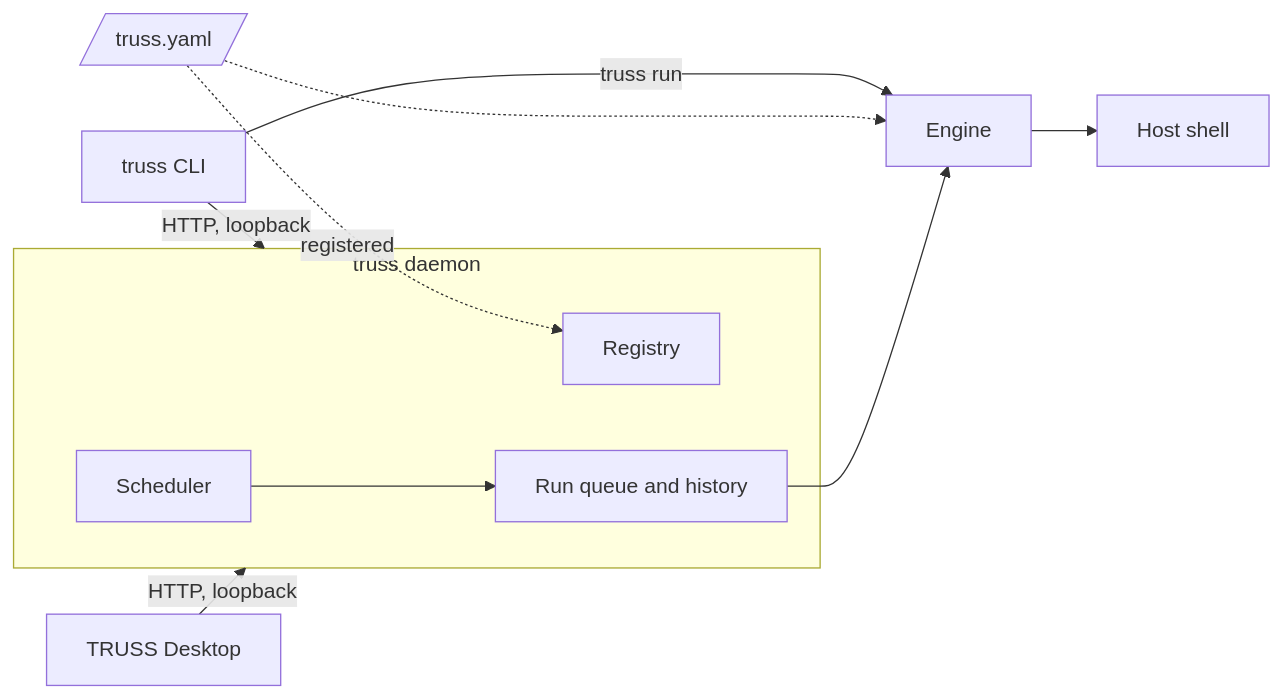
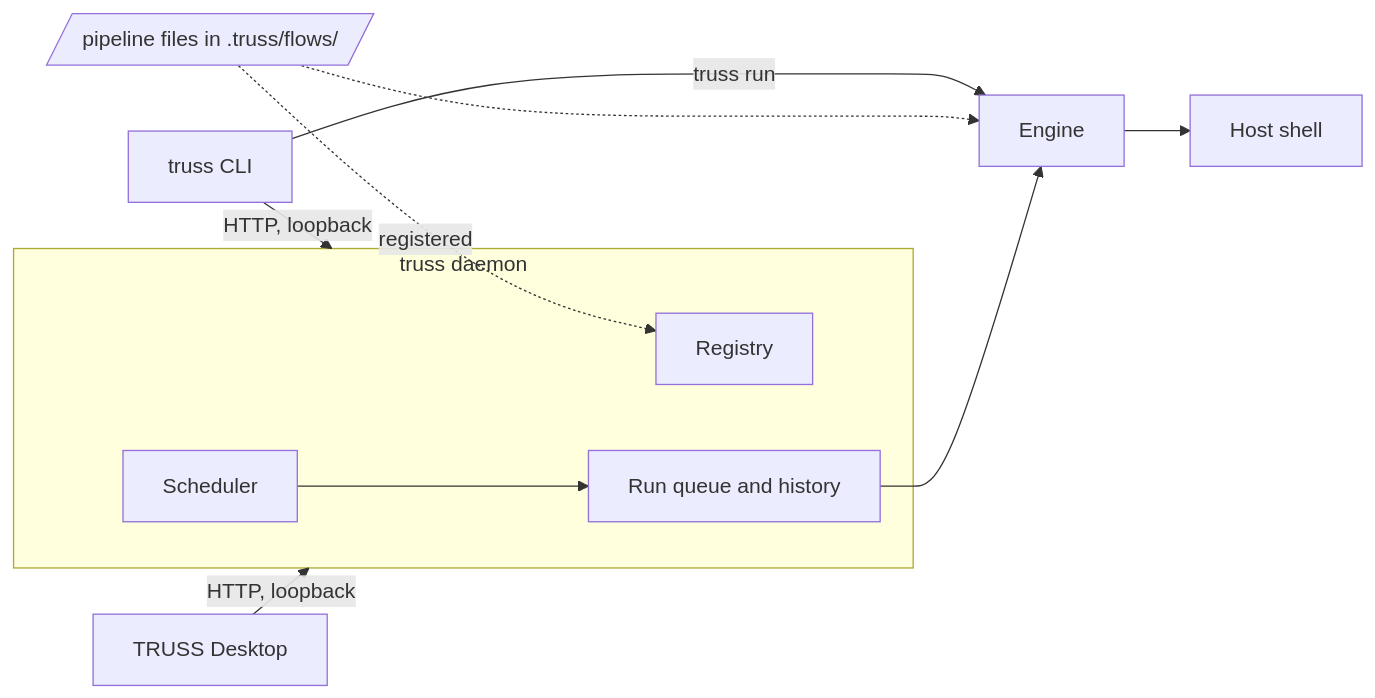
Before and after one commit to afri-bit/truss: the second of 2 diagrams in README.md, drawn with Mermaid. The commit also changed other lines of this file and 10 other files, not shown here.

````diff
--- a/README.md
+++ b/README.md
@@ -263,20 +279,20 @@
 ```mermaid
 flowchart LR
-    yaml[/"truss.yaml"/]
+    yaml[/"pipeline files in .truss/flows/"/]
     cli["truss CLI"]
     desktop["TRUSS Desktop"]
     subgraph daemon["truss daemon"]
         registry["Registry"]
         scheduler["Scheduler"]
         runs["Run queue and history"]
     end
     engine["Engine"]
     shell["Host shell"]
 
     cli -- "truss run" --> engine
     cli -- "HTTP, loopback" --> daemon
     desktop -- "HTTP, loopback" --> daemon
     yaml -.-> engine
     yaml -. registered .-> registry
     scheduler --> runs --> engine --> shell
 ```
````
